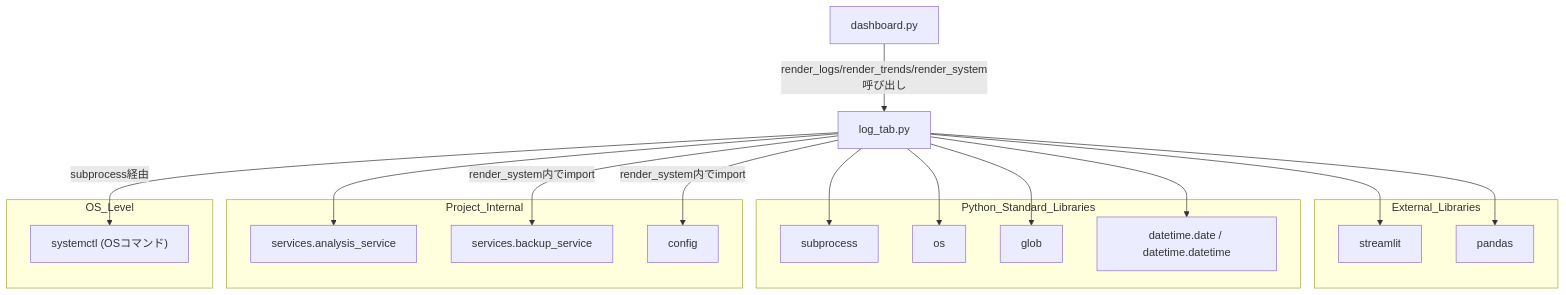
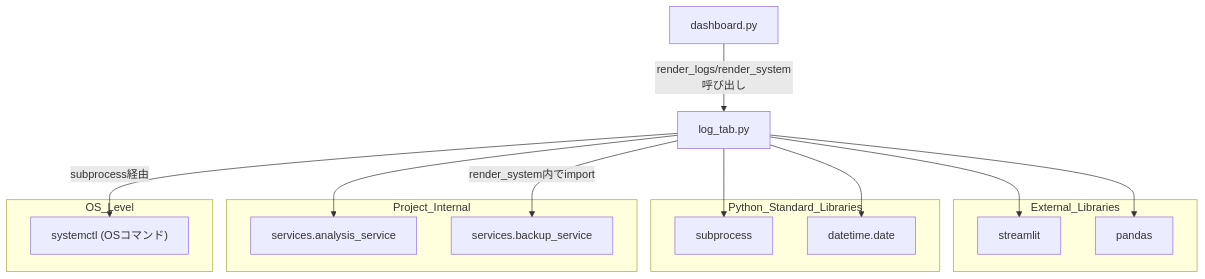
Before and after one commit to mmtigers/my_python_project: the second of 2 diagrams in docs/specifications/MY_HOME_SYSTEM/log_tab.md, drawn with Mermaid. The commit also changed other lines of this file and 10 other files, not shown here.

````diff
--- a/docs/specifications/MY_HOME_SYSTEM/log_tab.md
+++ b/docs/specifications/MY_HOME_SYSTEM/log_tab.md
@@ -217,39 +148,33 @@
 ```mermaid
 graph TD
     LogTabPy["log_tab.py"]
 
     subgraph External_Libraries
         Streamlit["streamlit"]
         Pandas["pandas"]
     end
 
     subgraph Python_Standard_Libraries
         Subprocess["subprocess"]
-        OS["os"]
-        Glob["glob"]
-        DatetimeDate["datetime.date / datetime.datetime"]
+        DatetimeDate["datetime.date"]
     end
 
     subgraph Project_Internal
         AnalysisService["services.analysis_service"]
         BackupService["services.backup_service"]
-        Config["config"]
     end
 
     subgraph OS_Level
         Systemctl["systemctl (OSコマンド)"]
     end
 
     LogTabPy --> Streamlit
     LogTabPy --> Pandas
     LogTabPy --> Subprocess
-    LogTabPy --> OS
-    LogTabPy --> Glob
     LogTabPy --> DatetimeDate
     LogTabPy --> AnalysisService
     LogTabPy -->|render_system内でimport| BackupService
-    LogTabPy -->|render_system内でimport| Config
     LogTabPy -->|subprocess経由| Systemctl
 
-    Dashboard["dashboard.py"] -->|render_logs/render_trends/render_system呼び出し| LogTabPy
+    Dashboard["dashboard.py"] -->|render_logs/render_system呼び出し| LogTabPy
 ```
````
